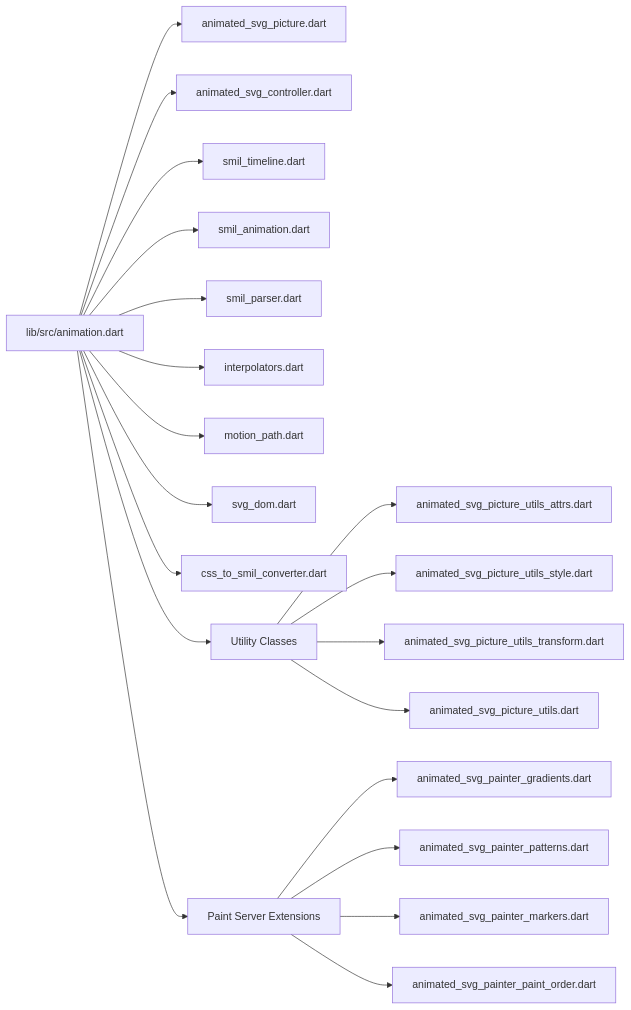
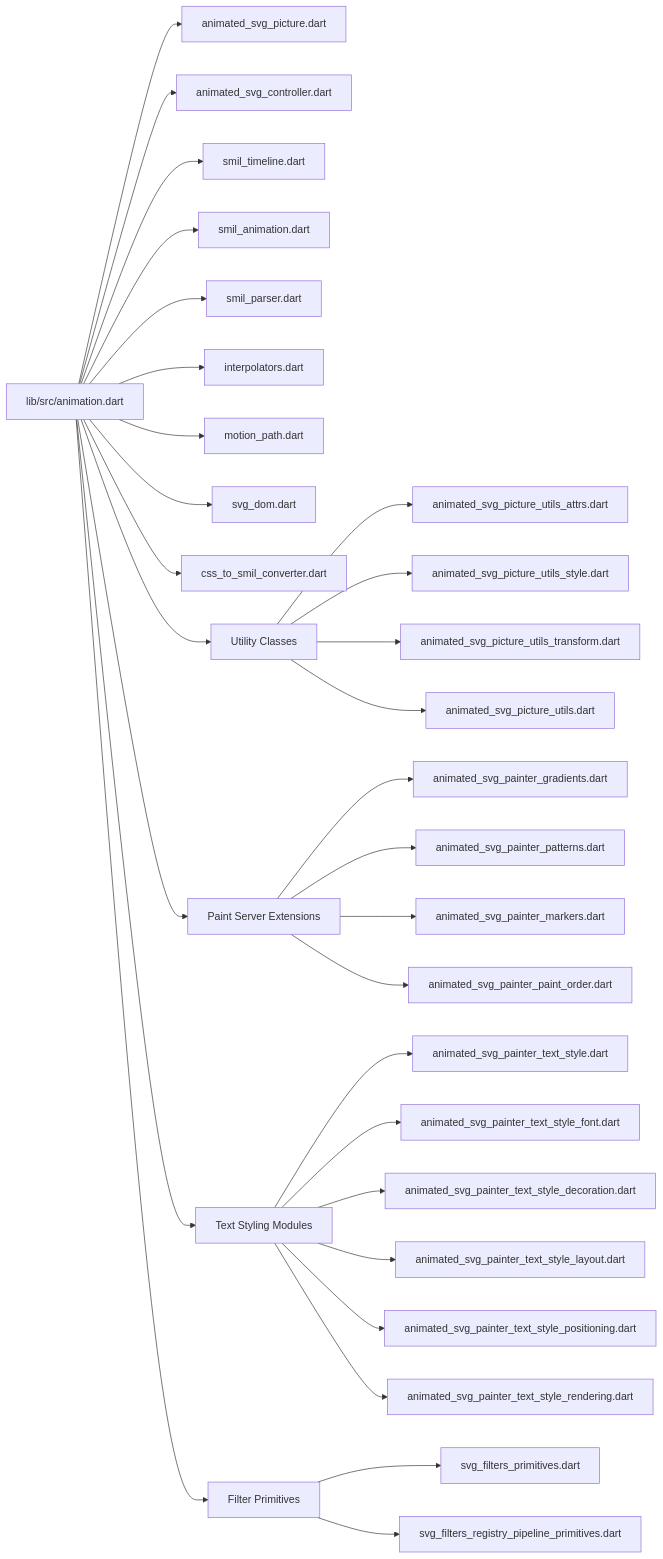
Before and after one commit to denisnadey/flutter_full_svg_support: diagram 23 of 23 in .qoder/repowiki/en/content/Animated SVG Support/Animated SVG Support.md, drawn with Mermaid. The commit also changed other lines of this file and 30 other files, not shown here.

````diff
--- a/.qoder/repowiki/en/content/Animated SVG Support/Animated SVG Support.md
+++ b/.qoder/repowiki/en/content/Animated SVG Support/Animated SVG Support.md
@@ -939,22 +1068,32 @@
 ```mermaid
 graph LR
 Export["lib/src/animation.dart"] --> Widget["animated_svg_picture.dart"]
 Export --> Controller["animated_svg_controller.dart"]
 Export --> Timeline["smil_timeline.dart"]
 Export --> Animation["smil_animation.dart"]
 Export --> Parser["smil_parser.dart"]
 Export --> Interp["interpolators.dart"]
 Export --> Motion["motion_path.dart"]
 Export --> Dom["svg_dom.dart"]
 Export --> CssConv["css_to_smil_converter.dart"]
 Export --> Utils["Utility Classes"]
 Export --> PaintServers["Paint Server Extensions"]
+Export --> TextStyles["Text Styling Modules"]
+Export --> Filters["Filter Primitives"]
 PaintServers --> Gradients["animated_svg_painter_gradients.dart"]
 PaintServers --> Patterns["animated_svg_painter_patterns.dart"]
 PaintServers --> Markers["animated_svg_painter_markers.dart"]
 PaintServers --> PaintOrder["animated_svg_painter_paint_order.dart"]
 Utils --> Attrs["animated_svg_picture_utils_attrs.dart"]
 Utils --> Style["animated_svg_picture_utils_style.dart"]
 Utils --> Transform["animated_svg_picture_utils_transform.dart"]
 Utils --> Core["animated_svg_picture_utils.dart"]
+TextStyles --> MainStyle["animated_svg_painter_text_style.dart"]
+TextStyles --> Font["animated_svg_painter_text_style_font.dart"]
+TextStyles --> Decoration["animated_svg_painter_text_style_decoration.dart"]
+TextStyles --> Layout["animated_svg_painter_text_style_layout.dart"]
+TextStyles --> Positioning["animated_svg_painter_text_style_positioning.dart"]
+TextStyles --> Rendering["animated_svg_painter_text_style_rendering.dart"]
+Filters --> Primitives["svg_filters_primitives.dart"]
+Filters --> Pipeline["svg_filters_registry_pipeline_primitives.dart"]
 ```
````
